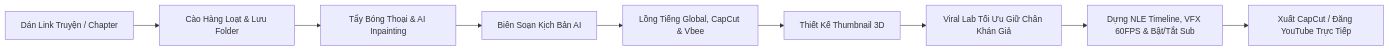
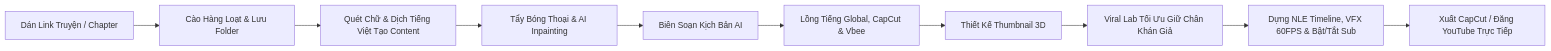
One commit to Tunaanhgamedev/TunaMagaRecap changed the diagram in README.md. Above: the diagram before and after it, drawn with Mermaid. The commit also changed other lines of this file and 6 other files, not shown here.

````diff
--- a/README.md
+++ b/README.md
@@ -270,11 +280,12 @@
 ```mermaid
 flowchart LR
     A[Dán Link Truyện / Chapter] --> B[Cào Hàng Loạt & Lưu Folder]
-    B --> C[Tẩy Bóng Thoại & AI Inpainting]
-    C --> D[Biên Soạn Kịch Bản AI]
-    D --> E[Lồng Tiếng Global, CapCut & Vbee]
-    E --> F[Thiết Kế Thumbnail 3D]
-    F --> G[Viral Lab Tối Ưu Giữ Chân Khán Giả]
-    G --> H[Dựng NLE Timeline, VFX 60FPS & Bật/Tắt Sub]
-    H --> I[Xuất CapCut / Đăng YouTube Trực Tiếp]
+    B --> C[Quét Chữ & Dịch Tiếng Việt Tạo Content]
+    C --> D[Tẩy Bóng Thoại & AI Inpainting]
+    D --> E[Biên Soạn Kịch Bản AI]
+    E --> F[Lồng Tiếng Global, CapCut & Vbee]
+    F --> G[Thiết Kế Thumbnail 3D]
+    G --> H[Viral Lab Tối Ưu Giữ Chân Khán Giả]
+    H --> I[Dựng NLE Timeline, VFX 60FPS & Bật/Tắt Sub]
+    I --> J[Xuất CapCut / Đăng YouTube Trực Tiếp]
 ```
````
